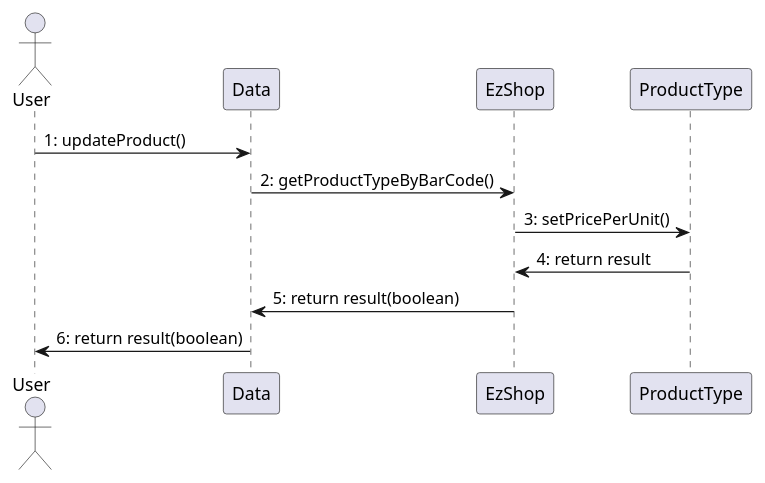
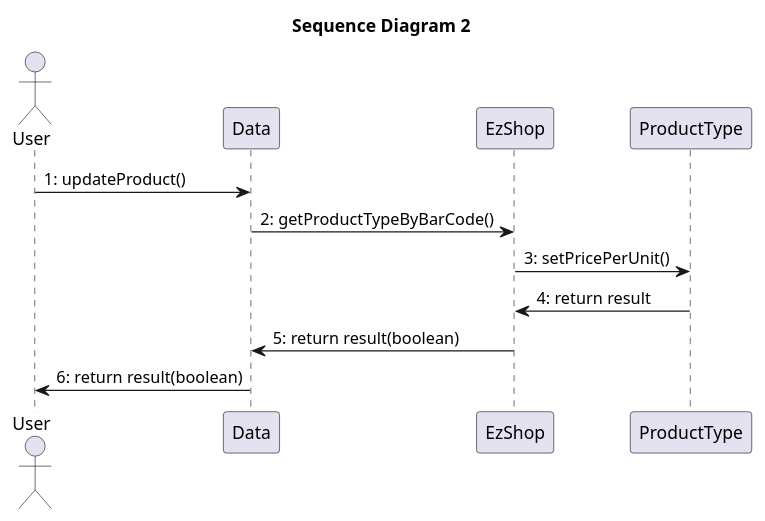
The fourth of 15 diagrams in Deliverables/DesignDocument.md (paolotron/EzshoProject31), drawn with PlantUML before and after one commit. The commit also changed other lines of this file, not shown here.

Commit message:
Updated sequence diagram's titles .md

````diff
--- a/Deliverables/DesignDocument.md
+++ b/Deliverables/DesignDocument.md
@@ -343,15 +344,16 @@
 ``` plantuml
 @startuml
+title "Sequence Diagram 2"
 actor User as U
 participant Data
 participant EzShop
 participant ProductType as P
 
 U->Data: 1: updateProduct()
 Data->EzShop: 2: getProductTypeByBarCode()
 EzShop->P: 3: setPricePerUnit()
 P->EzShop: 4: return result
 EzShop->Data: 5: return result(boolean)
 Data->U: 6: return result(boolean)
 @enduml
 ```
````
